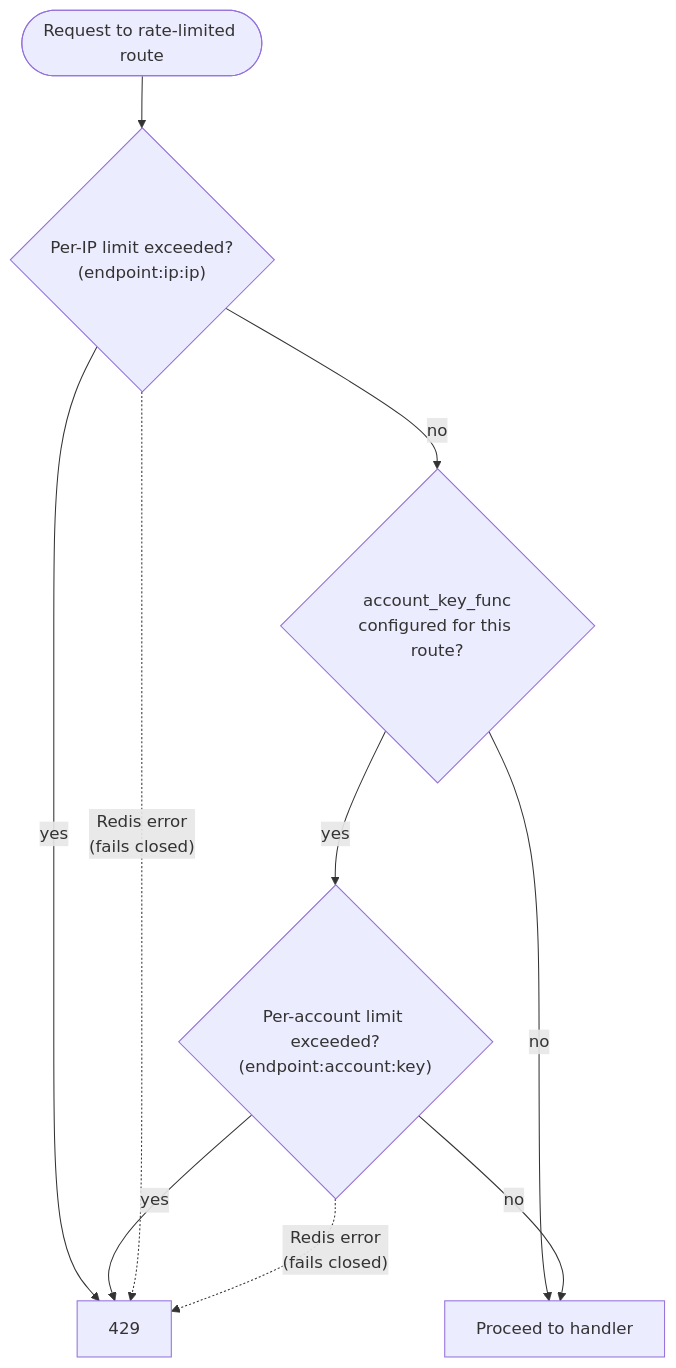
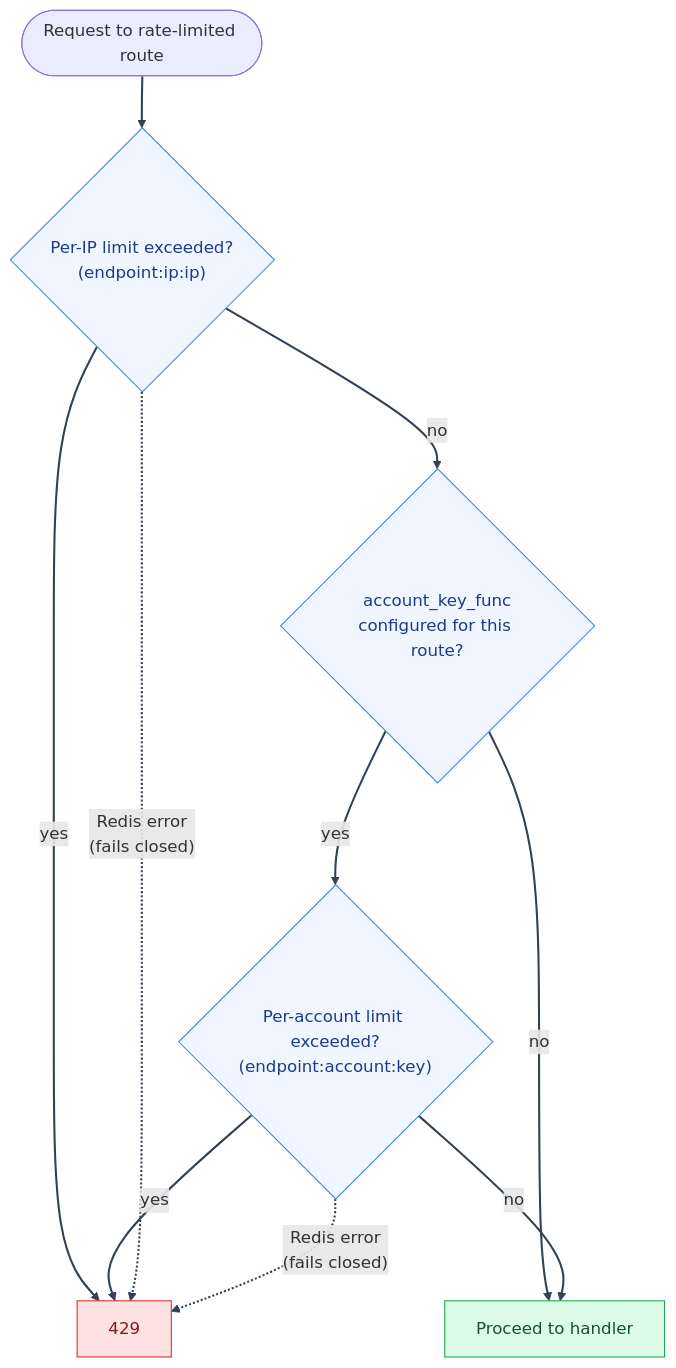
The first of 2 diagrams in docs/mystic_auth/security/hardening-abuse-prevention.md (Nachiket-2024/mystic-auth), drawn with Mermaid before and after one commit. The commit also changed other lines of this file and 630 other files, not shown here.

````diff
--- a/docs/mystic_auth/security/hardening-abuse-prevention.md
+++ b/docs/mystic_auth/security/hardening-abuse-prevention.md
@@ -9,12 +13,21 @@
 ```mermaid
+%%{init: {"themeVariables": {"lineColor": "#334155"}} }%%
 flowchart TD
     Start(["Request to rate-limited route"]) --> IP{"Per-IP limit exceeded?\n(endpoint:ip:ip)"}
     IP -- "yes" --> R429["429"]
     IP -- "no" --> HasAccount{"account_key_func\nconfigured for this route?"}
     HasAccount -- "no" --> Allow["Proceed to handler"]
     HasAccount -- "yes" --> Acct{"Per-account limit exceeded?\n(endpoint:account:key)"}
     Acct -- "yes" --> R429
     Acct -- "no" --> Allow
     IP -. "Redis error\n(fails closed)" .-> R429
     Acct -. "Redis error\n(fails closed)" .-> R429
+
+    classDef success fill:#dcfce7,stroke:#16a34a,color:#14532d
+    classDef blocked fill:#fee2e2,stroke:#dc2626,color:#7f1d1d
+    classDef decision fill:#eff6ff,stroke:#3b82f6,color:#1e3a8a
+    class Allow success
+    class R429 blocked
+    class IP,HasAccount,Acct decision
+    linkStyle default stroke:#334155,stroke-width:2px
 ```
````
